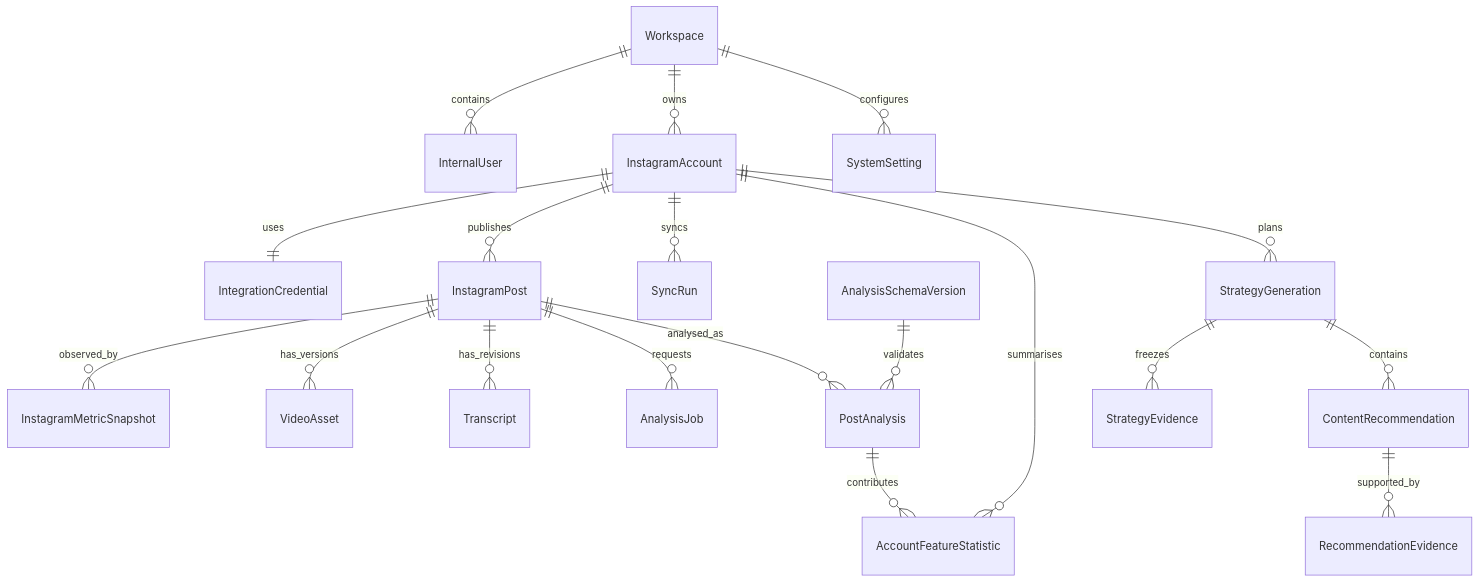
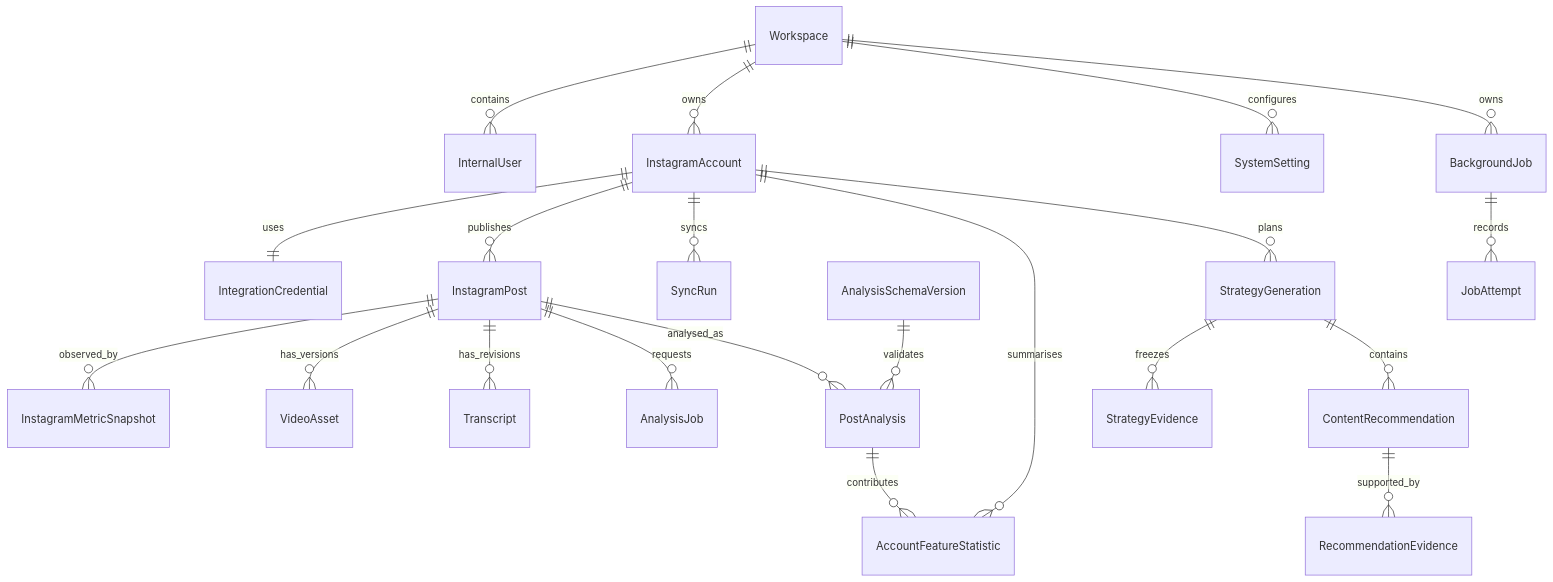
Before and after one commit to jrmilburn/content-automation: the diagram in docs/technical/data-model.md, drawn with Mermaid. The commit also changed other lines of this file and 21 other files, not shown here.

````diff
--- a/docs/technical/data-model.md
+++ b/docs/technical/data-model.md
@@ -15,21 +15,23 @@
 ```mermaid
 erDiagram
   Workspace ||--o{ InternalUser : contains
   Workspace ||--o{ InstagramAccount : owns
   InstagramAccount ||--|| IntegrationCredential : uses
   InstagramAccount ||--o{ InstagramPost : publishes
   InstagramAccount ||--o{ SyncRun : syncs
   InstagramPost ||--o{ InstagramMetricSnapshot : observed_by
   InstagramPost ||--o{ VideoAsset : has_versions
   InstagramPost ||--o{ Transcript : has_revisions
   InstagramPost ||--o{ AnalysisJob : requests
   InstagramPost ||--o{ PostAnalysis : analysed_as
   AnalysisSchemaVersion ||--o{ PostAnalysis : validates
   PostAnalysis ||--o{ AccountFeatureStatistic : contributes
   InstagramAccount ||--o{ AccountFeatureStatistic : summarises
   InstagramAccount ||--o{ StrategyGeneration : plans
   StrategyGeneration ||--o{ StrategyEvidence : freezes
   StrategyGeneration ||--o{ ContentRecommendation : contains
   ContentRecommendation ||--o{ RecommendationEvidence : supported_by
   Workspace ||--o{ SystemSetting : configures
+  Workspace ||--o{ BackgroundJob : owns
+  BackgroundJob ||--o{ JobAttempt : records
 ```
````
